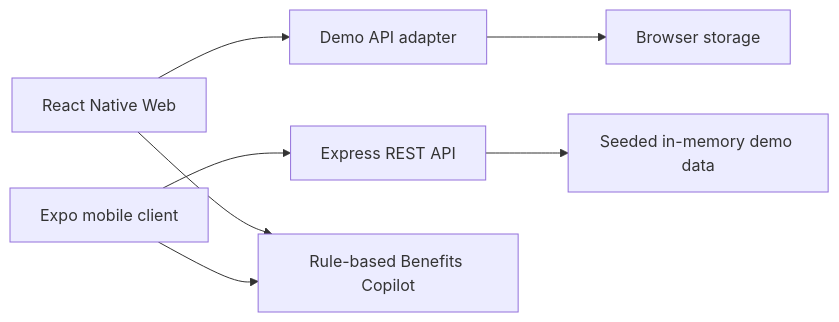
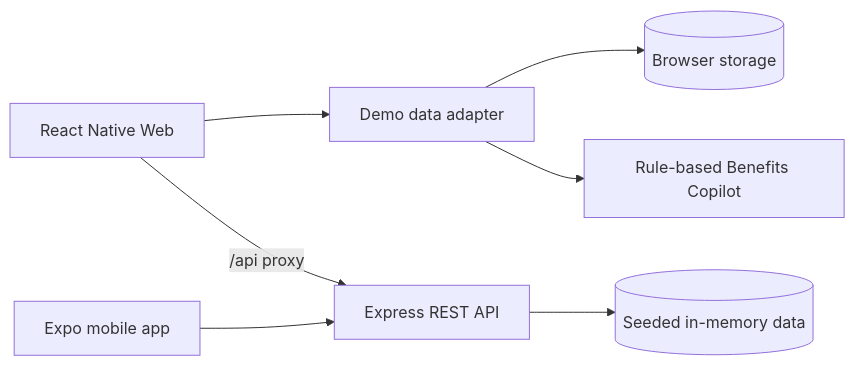
The diagram in README.md (SrijanSingh2006/paypulse-ai), drawn with Mermaid before and after one commit. The commit also changed other lines of this file and 14 other files, not shown here.

````diff
--- a/README.md
+++ b/README.md
@@ -36,9 +28,9 @@
 ```mermaid
 flowchart LR
-  Web[React Native Web] --> Demo[Demo API adapter]
-  Demo --> Store[Browser storage]
-  Mobile[Expo mobile client] --> API[Express REST API]
-  API --> Data[Seeded in-memory demo data]
-  Web --> Copilot[Rule-based Benefits Copilot]
-  Mobile --> Copilot
+  Web[React Native Web] --> Demo[Demo data adapter]
+  Demo --> Browser[(Browser storage)]
+  Mobile[Expo mobile app] --> API[Express REST API]
+  Web -->|/api proxy| API
+  API --> Seed[(Seeded in-memory data)]
+  Demo --> Copilot[Rule-based Benefits Copilot]
 ```
````
